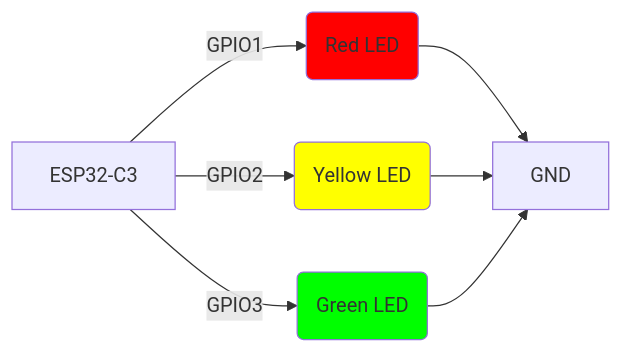
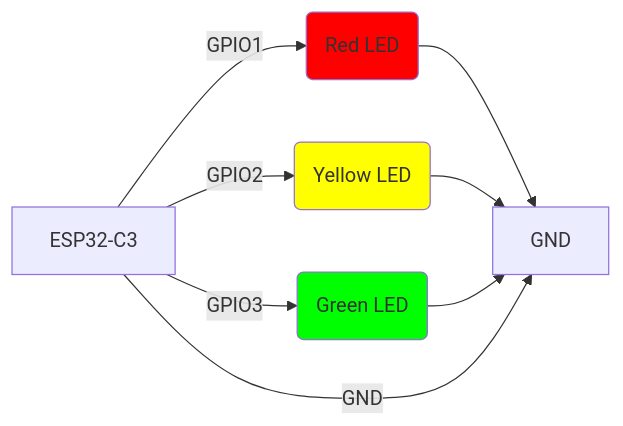
Before and after one commit to FrankCasanova/esp32-projects-collection: the diagram in semaphore/README.md, drawn with Mermaid. The commit also changed other lines of this file, not shown here.

````diff
--- a/semaphore/README.md
+++ b/semaphore/README.md
@@ -18,12 +22,13 @@
 ```mermaid
 graph LR
     A[ESP32-C3] -->|GPIO1| B(Red LED)
     A -->|GPIO2| C(Yellow LED)
     A -->|GPIO3| D(Green LED)
     B --> E[GND]
     C --> E
     D --> E
+    A -->|GND| E
     style B fill:#ff0000
     style C fill:#ffff00
     style D fill:#00ff00
 ```
````
